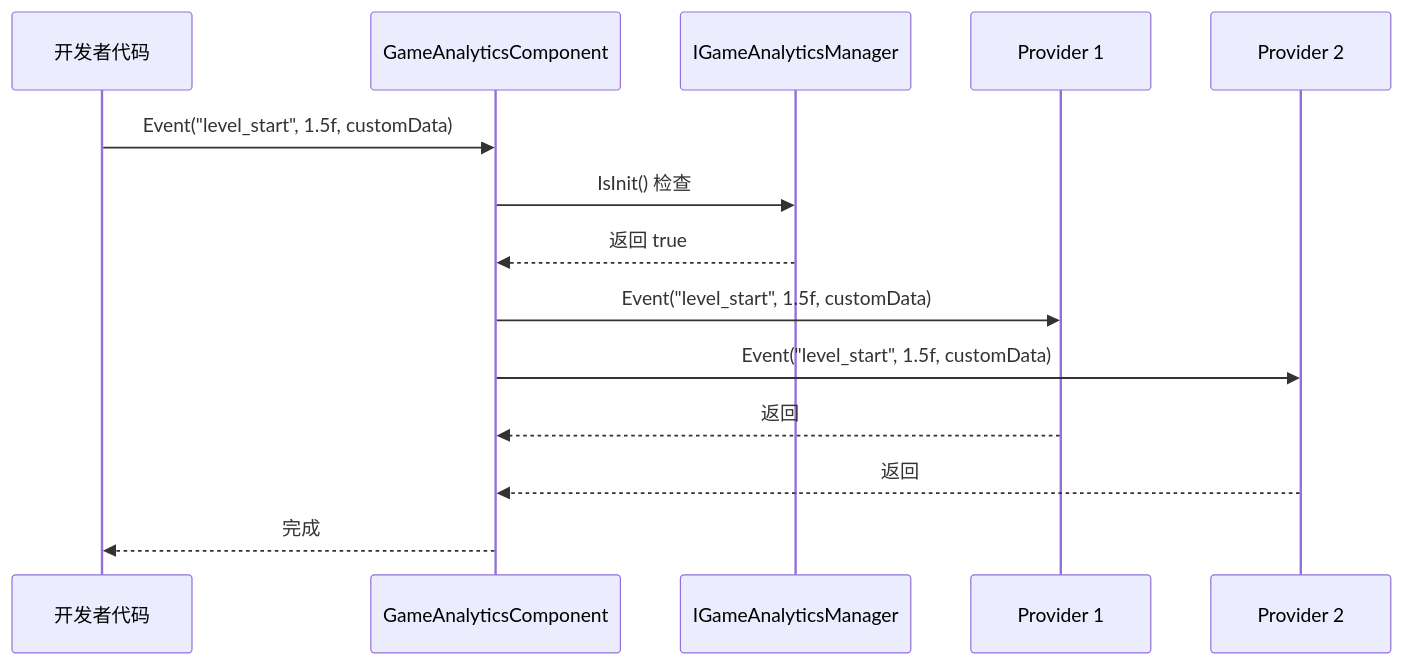
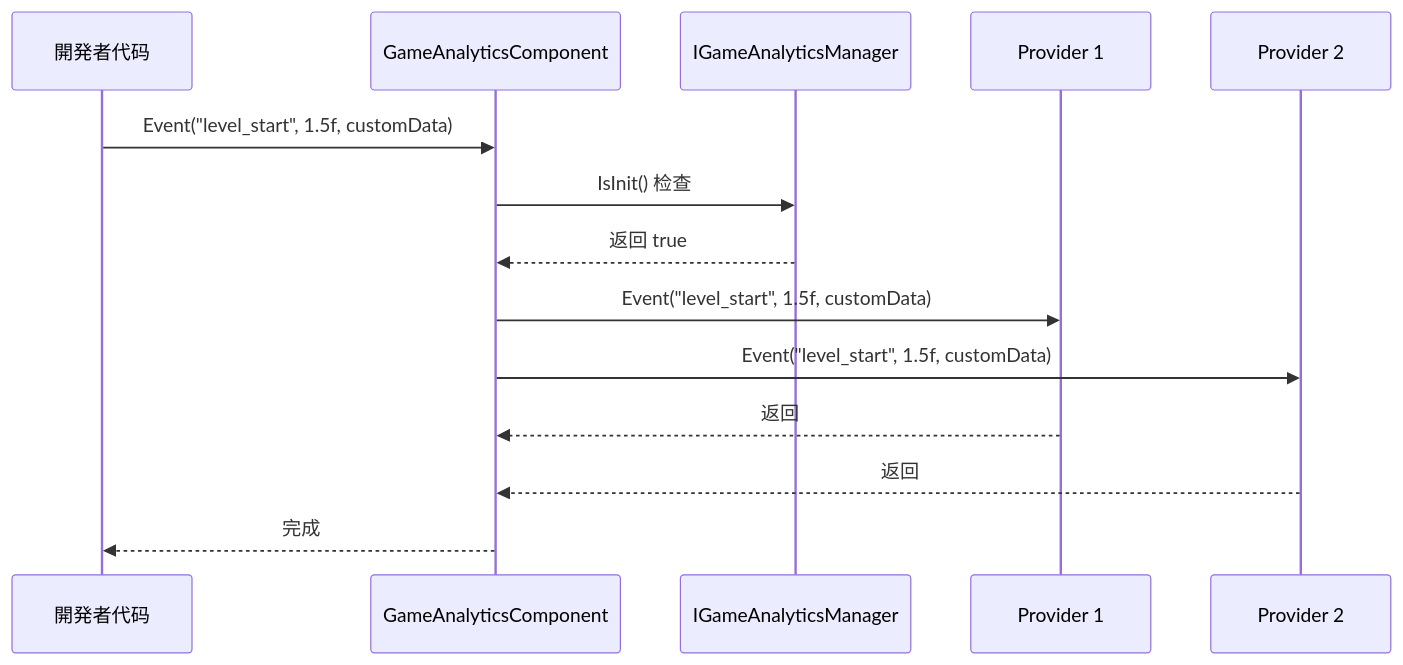
Before and after one commit to AlianBlank/GameFrameX.Docs: the second of 3 diagrams in docs/ja/client/unity/component/gameanalytics/01.overview.md, drawn with Mermaid. The commit also changed other lines of this file and 603 other files, not shown here.

````diff
--- a/docs/ja/client/unity/component/gameanalytics/01.overview.md
+++ b/docs/ja/client/unity/component/gameanalytics/01.overview.md
@@ -92,17 +92,17 @@
 ```mermaid
 sequenceDiagram
-    participant Dev as 开发者代码
+    participant Dev as 開発者代码
     participant GAC as GameAnalyticsComponent
     participant IGAM as IGameAnalyticsManager
     participant Provider1 as Provider 1
     participant Provider2 as Provider 2
 
     Dev->>GAC: Event("level_start", 1.5f, customData)
     GAC->>IGAM: IsInit() 检查
     IGAM-->>GAC: 返回 true
     GAC->>Provider1: Event("level_start", 1.5f, customData)
     GAC->>Provider2: Event("level_start", 1.5f, customData)
     Provider1-->>GAC: 返回
     Provider2-->>GAC: 返回
     GAC-->>Dev: 完成
 ```
````
